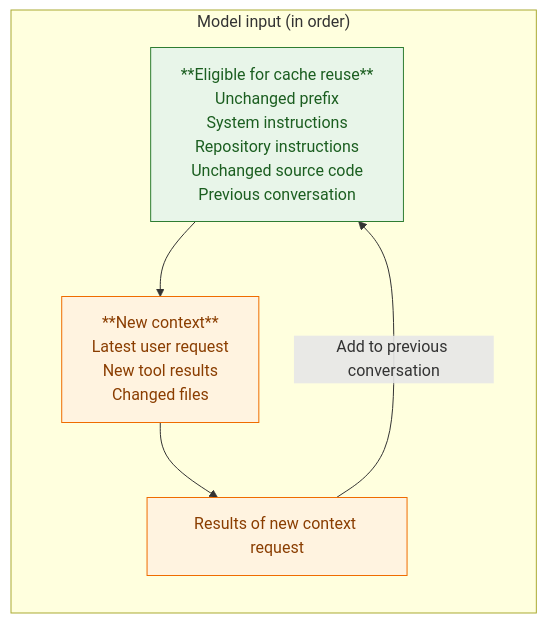
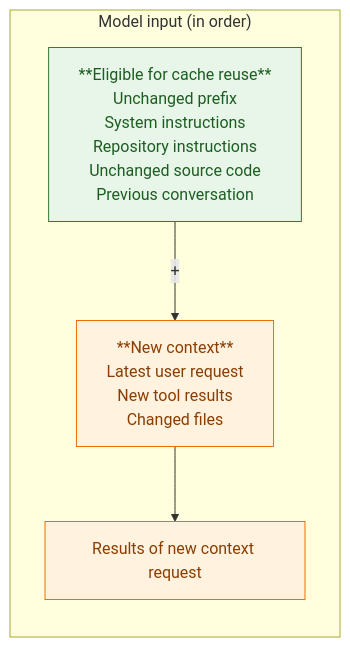
One commit to jimthompson5802/coding-assistant-practices changed the first of 2 diagrams in cache-token-guidance.md. Above: the diagram before and after it, drawn with Mermaid. The commit also changed other lines of this file and 1 other file, not shown here.

Commit message:
Refactor guidance in cache-token and model-selection markdown files for clarity, removing unnecessary examples and enhancing visual representation with flowcharts.

````diff
--- a/cache-token-guidance.md
+++ b/cache-token-guidance.md
@@ -36,16 +23,15 @@
 ```mermaid
 flowchart TD
     subgraph input["Model input (in order)"]
         direction TB
         prefix["**Eligible for cache reuse**<br/>Unchanged prefix<br/>System instructions<br/>Repository instructions<br/>Unchanged source code<br/>Previous conversation"]
         newContext["**New context**<br/>Latest user request<br/>New tool results<br/>Changed files"]
-        prefix --> newContext
+        prefix --"+"--> newContext
         newContext --> results["Results of new context request"]
-        results --Add to previous conversation-->prefix
     end
 
 
     style prefix fill:#e8f5e9,stroke:#2e7d32,color:#1b5e20
     style newContext fill:#fff3e0,stroke:#ef6c00,color:#8a3d00
     style results fill:#fff3e0,stroke:#ef6c00,color:#8a3d00
 ```
````
